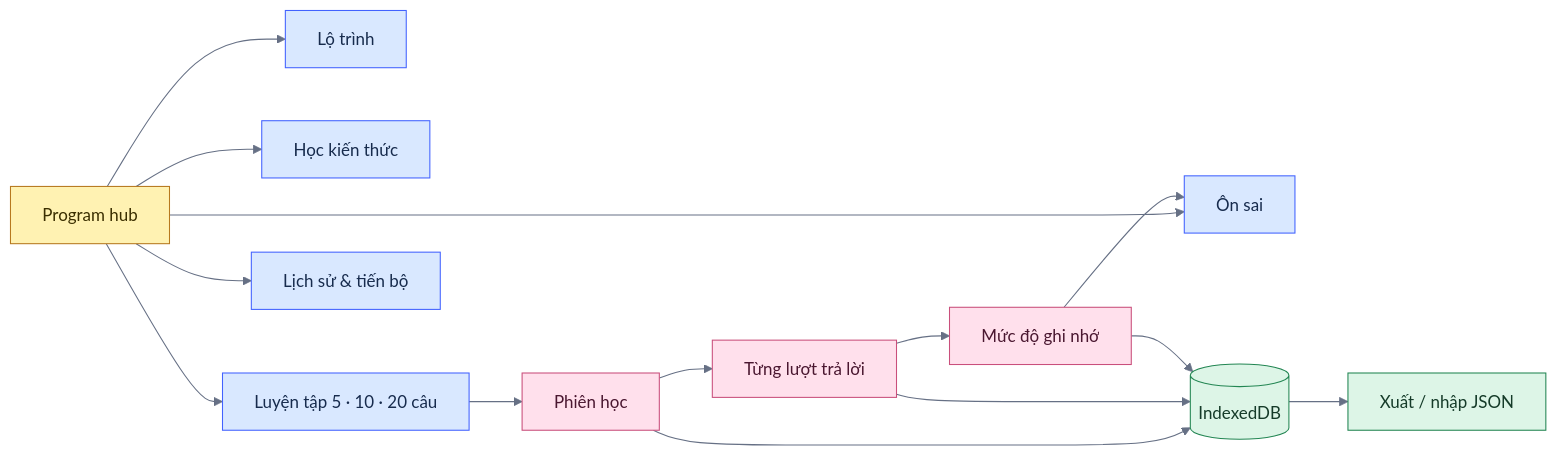
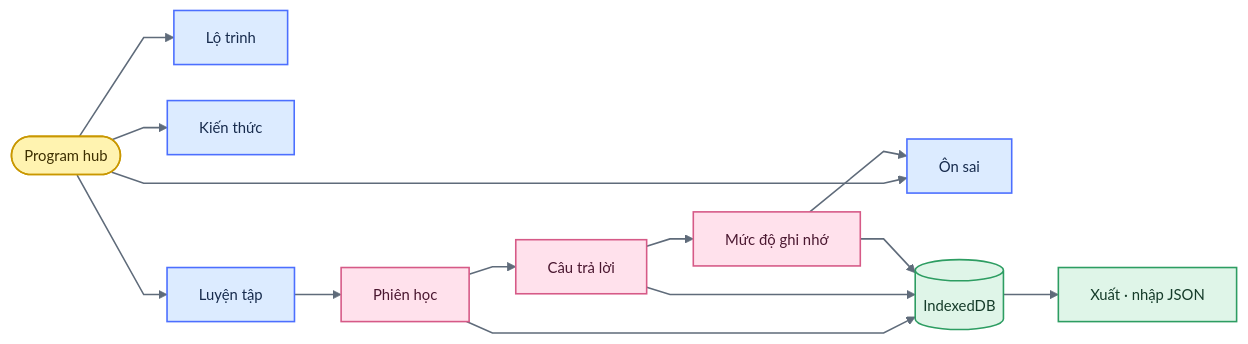
The second of 3 diagrams in README.md (thangldw/thangldw.github.io), drawn with Mermaid before and after one commit. The commit also changed other lines of this file and 7 other files, not shown here.

Commit message:
docs: clean repository guides and diagrams

````diff
--- a/README.md
+++ b/README.md
@@ -64,28 +59,28 @@
 ```mermaid
-%%{init: {"theme":"base","themeVariables":{"fontFamily":"Inter, Arial, sans-serif","lineColor":"#667085","primaryTextColor":"#172B4D"}}}%%
+%%{init: {"theme":"base","flowchart":{"curve":"linear","nodeSpacing":34,"rankSpacing":44},"themeVariables":{"fontFamily":"Inter, Arial, sans-serif","fontSize":"14px","lineColor":"#5F6B7A","primaryTextColor":"#1F2937","clusterBkg":"#FFFFFF","clusterBorder":"#CBD5E1"}}}%%
 flowchart LR
-  Hub["Program hub"] --> Path["Lộ trình"]
-  Hub --> Knowledge["Học kiến thức"]
-  Hub --> Practice["Luyện tập 5 · 10 · 20 câu"]
+  Hub(["Program hub"]) --> Path["Lộ trình"]
+  Hub --> Knowledge["Kiến thức"]
+  Hub --> Practice["Luyện tập"]
   Hub --> Review["Ôn sai"]
-  Hub --> History["Lịch sử & tiến bộ"]
 
   Practice --> Session["Phiên học"]
-  Session --> Answers["Từng lượt trả lời"]
-  Answers --> Mastery["Mức độ ghi nhớ"]
+  Session --> Answer["Câu trả lời"]
+  Answer --> Mastery["Mức độ ghi nhớ"]
   Mastery --> Review
 
-  Session --> IndexedDB[("IndexedDB")]
-  Answers --> IndexedDB
-  Mastery --> IndexedDB
-  IndexedDB --> Export["Xuất / nhập JSON"]
+  Session --> DB[("IndexedDB")]
+  Answer --> DB
+  Mastery --> DB
+  DB --> Backup["Xuất · nhập JSON"]
 
-  classDef yellow fill:#FFF2B2,stroke:#B7791F,color:#3B2F00,stroke-width:1px;
-  classDef blue fill:#D9E8FF,stroke:#4262FF,color:#172B4D,stroke-width:1px;
-  classDef green fill:#DDF5E7,stroke:#238653,color:#153B29,stroke-width:1px;
-  classDef pink fill:#FFE0EC,stroke:#C94F7C,color:#4A1730,stroke-width:1px;
-  class Hub yellow;
-  class Path,Knowledge,Practice,Review,History blue;
-  class Session,Answers,Mastery pink;
-  class IndexedDB,Export green;
+  classDef stickyYellow fill:#FFF3B0,stroke:#C99700,color:#3D2F00,stroke-width:1.5px;
+  classDef stickyBlue fill:#DCEBFF,stroke:#4C6FFF,color:#172B4D,stroke-width:1.5px;
+  classDef stickyPink fill:#FFE1EC,stroke:#D65A87,color:#4A1730,stroke-width:1.5px;
+  classDef stickyGreen fill:#DFF5E8,stroke:#2D9D62,color:#153B29,stroke-width:1.5px;
+  class Hub stickyYellow;
+  class Path,Knowledge,Practice,Review stickyBlue;
+  class Session,Answer,Mastery stickyPink;
+  class DB,Backup stickyGreen;
+  linkStyle default stroke:#5F6B7A,stroke-width:1.5px;
 ```
````
